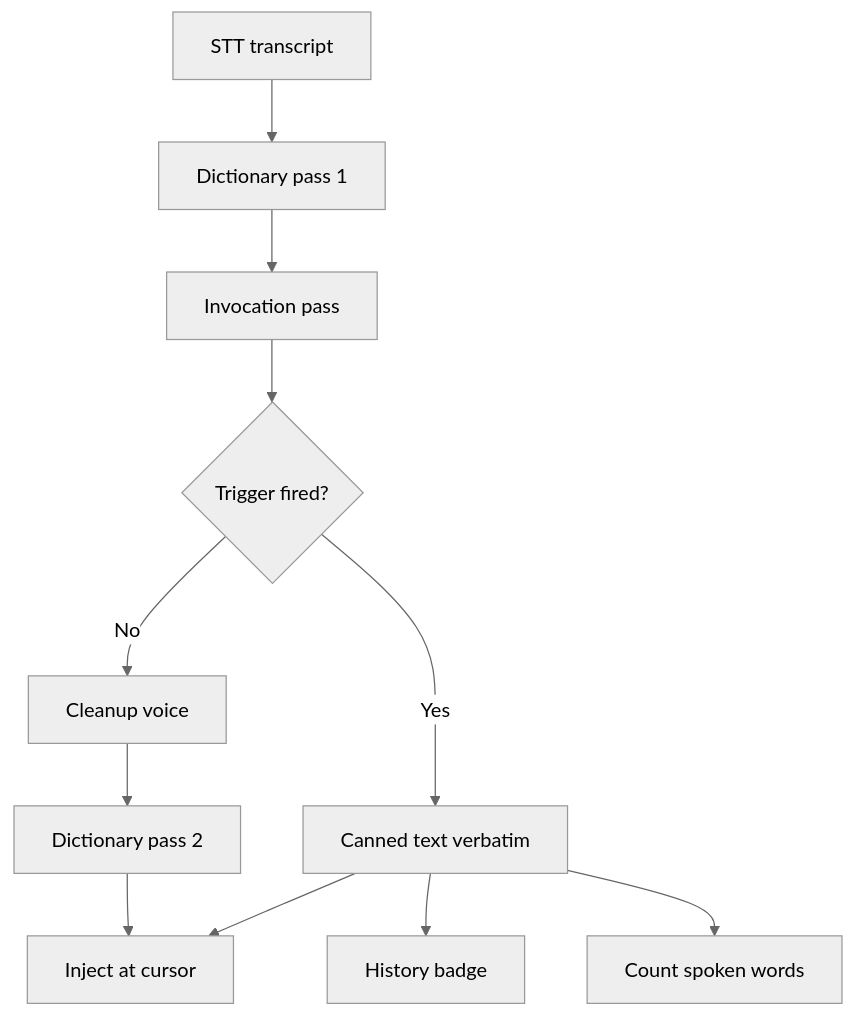
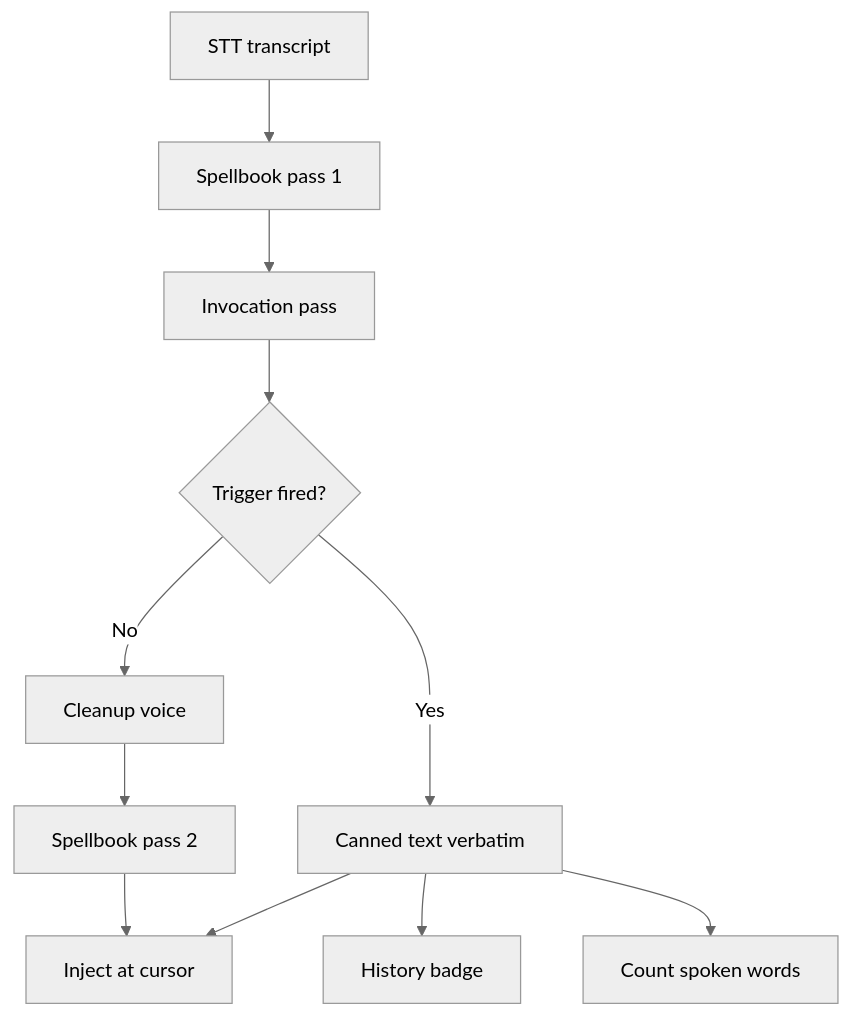
One commit to BoardPandas/Hark changed the diagram in Docs/features/INVOCATIONS.md. Above: the diagram before and after it, drawn with Mermaid (neutral theme). The commit also changed other lines of this file and 63 other files, not shown here.

First line of the commit message:
Rename the Dictionary to the Spellbook (0.26.0)

````diff
--- a/Docs/features/INVOCATIONS.md
+++ b/Docs/features/INVOCATIONS.md
@@ -38,13 +38,13 @@
 ```mermaid
 graph TD
-    A["STT transcript"] --> B["Dictionary pass 1"]
+    A["STT transcript"] --> B["Spellbook pass 1"]
     B --> C["Invocation pass"]
     C --> D{"Trigger fired?"}
     D -->|"Yes"| E["Canned text verbatim"]
     D -->|"No"| F["Cleanup voice"]
-    F --> G["Dictionary pass 2"]
+    F --> G["Spellbook pass 2"]
     G --> H["Inject at cursor"]
     E --> H
     E --> I["History badge"]
     E --> J["Count spoken words"]
 ```
````
